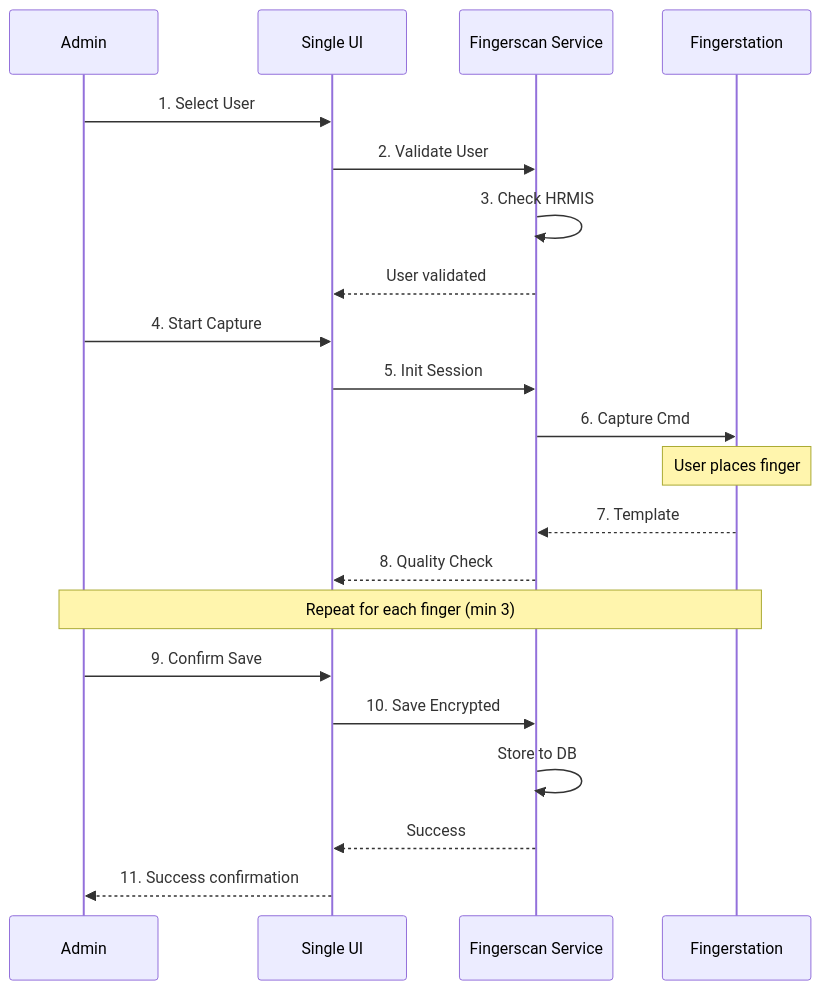
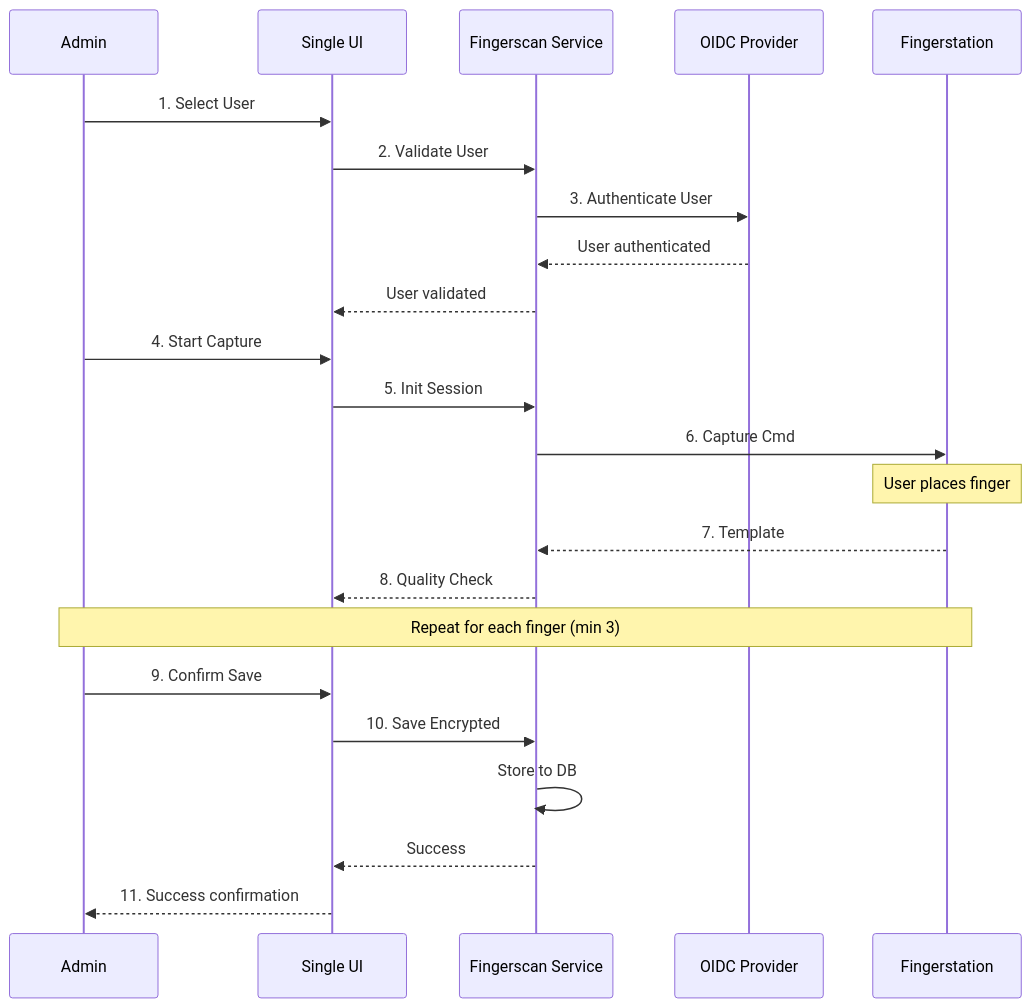
The seventh of 17 diagrams in docs/Fingerscan/FSD_Fingerscan_Biometrik.md (wisnu/ibank-docs), drawn with Mermaid before and after one commit.

Commit message:
fix: flow  enrollment fingerscan terkait oidc

````diff
--- a/docs/Fingerscan/FSD_Fingerscan_Biometrik.md
+++ b/docs/Fingerscan/FSD_Fingerscan_Biometrik.md
@@ -624,29 +624,31 @@
 ```mermaid
 sequenceDiagram
     participant Admin
     participant Portal as Single UI
     participant Service as Fingerscan Service
+    participant OIDC as OIDC Provider
     participant Station as Fingerstation
     
     Admin->>Portal: 1. Select User
     Portal->>Service: 2. Validate User
-    Service->>Service: 3. Check HRMIS
+    Service->>OIDC: 3. Authenticate User
+    OIDC-->>Service: User authenticated
     Service-->>Portal: User validated
     
     Admin->>Portal: 4. Start Capture
     Portal->>Service: 5. Init Session
     Service->>Station: 6. Capture Cmd
     
     Note over Station: User places finger
     
     Station-->>Service: 7. Template
     Service-->>Portal: 8. Quality Check
     
     Note over Admin,Station: Repeat for each finger (min 3)
     
     Admin->>Portal: 9. Confirm Save
     Portal->>Service: 10. Save Encrypted
     Service->>Service: Store to DB
     Service-->>Portal: Success
     Portal-->>Admin: 11. Success confirmation
 ```
````
